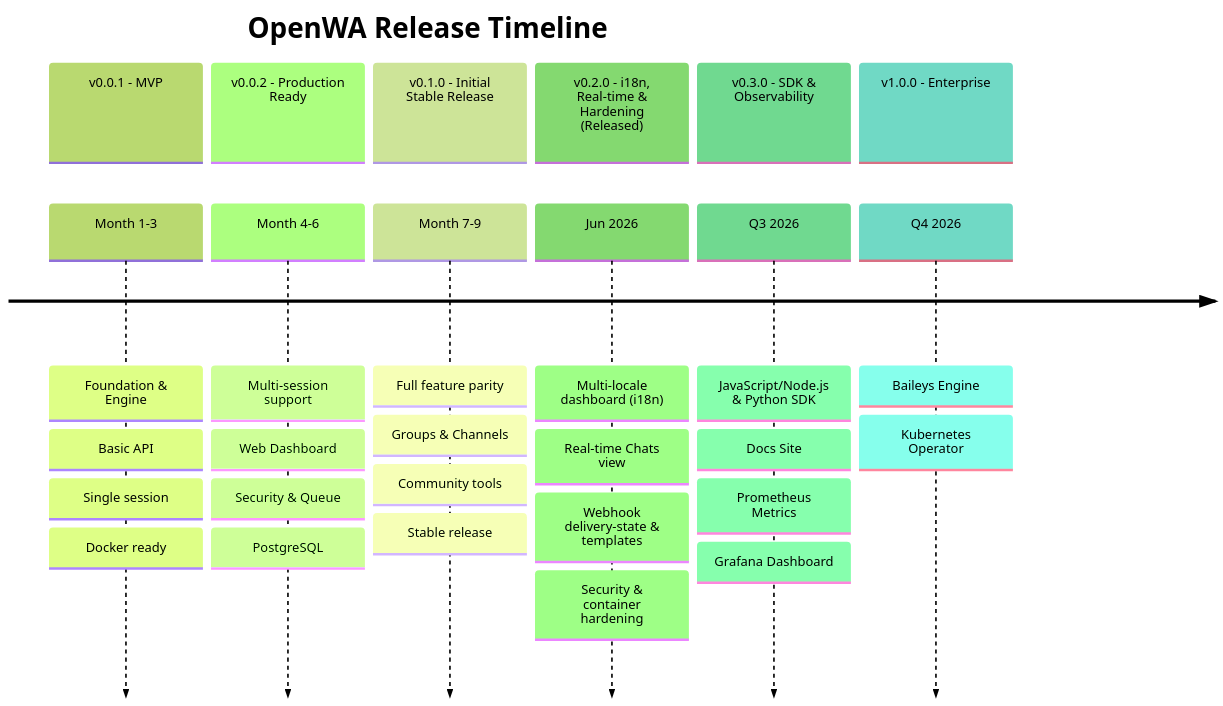
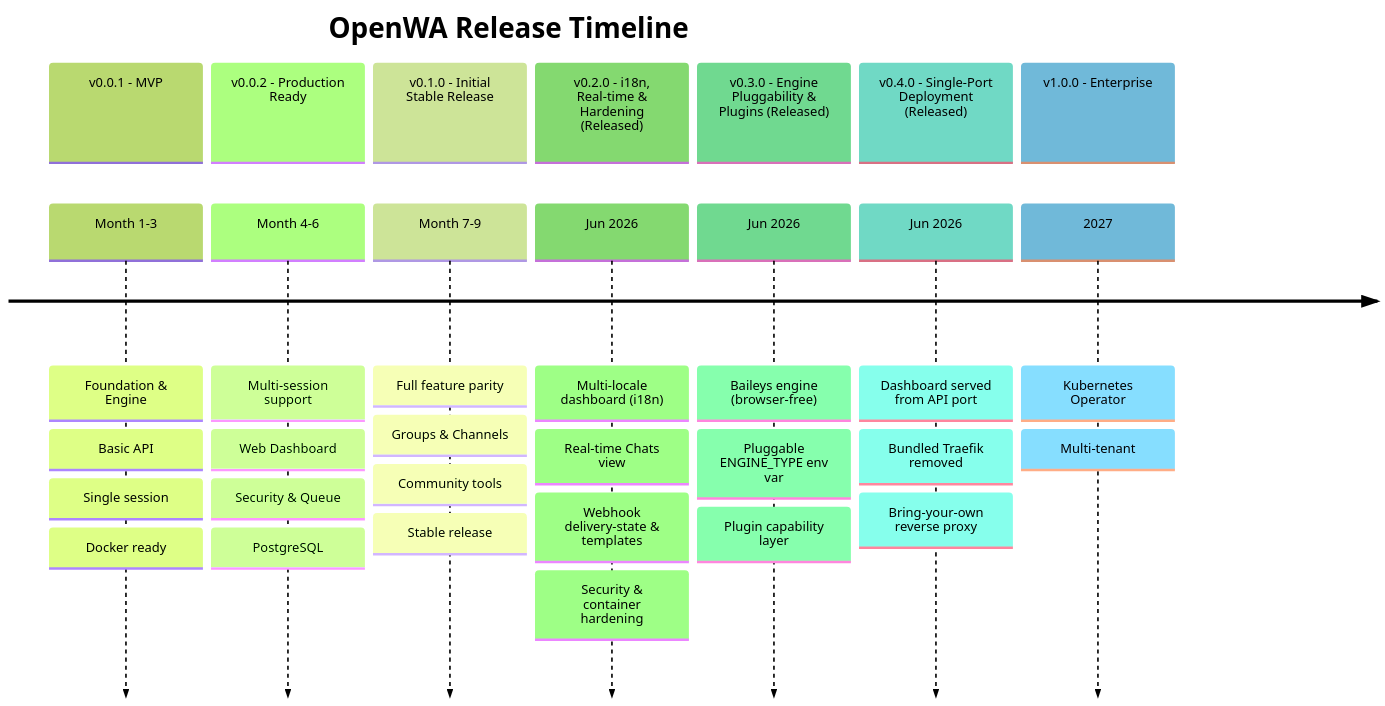
One commit to nourayman21k/OpenWA changed the first of 7 diagrams in docs/15-project-roadmap.md. Above: the diagram before and after it, drawn with Mermaid (forest theme). The commit also changed other lines of this file and 16 other files, not shown here.

Commit message:
docs: align all docs with v0.3.0 (pluggable engine) + v0.4.0 (single-port deployment)

````diff
--- a/docs/15-project-roadmap.md
+++ b/docs/15-project-roadmap.md
@@ -5,38 +5,42 @@
 ```mermaid
 timeline
     title OpenWA Release Timeline
 
     section v0.0.1 - MVP
         Month 1-3 : Foundation & Engine
                   : Basic API
                   : Single session
                   : Docker ready
 
     section v0.0.2 - Production Ready
         Month 4-6 : Multi-session support
                   : Web Dashboard
                   : Security & Queue
                   : PostgreSQL
 
     section v0.1.0 - Initial Stable Release
         Month 7-9 : Full feature parity
                   : Groups & Channels
                   : Community tools
                   : Stable release
 
     section v0.2.0 - i18n, Real-time & Hardening (Released)
         Jun 2026 : Multi-locale dashboard (i18n)
                  : Real-time Chats view
                  : Webhook delivery-state & templates
                  : Security & container hardening
 
-    section v0.3.0 - SDK & Observability
-        Q3 2026 : JavaScript/Node.js & Python SDK
-                : Docs Site
-                : Prometheus Metrics
-                : Grafana Dashboard
+    section v0.3.0 - Engine Pluggability & Plugins (Released)
+        Jun 2026 : Baileys engine (browser-free)
+                 : Pluggable ENGINE_TYPE env var
+                 : Plugin capability layer
+
+    section v0.4.0 - Single-Port Deployment (Released)
+        Jun 2026 : Dashboard served from API port
+                 : Bundled Traefik removed
+                 : Bring-your-own reverse proxy
 
     section v1.0.0 - Enterprise
-        Q4 2026 : Baileys Engine
-                : Kubernetes Operator
+        2027 : Kubernetes Operator
+             : Multi-tenant
 ```
````
